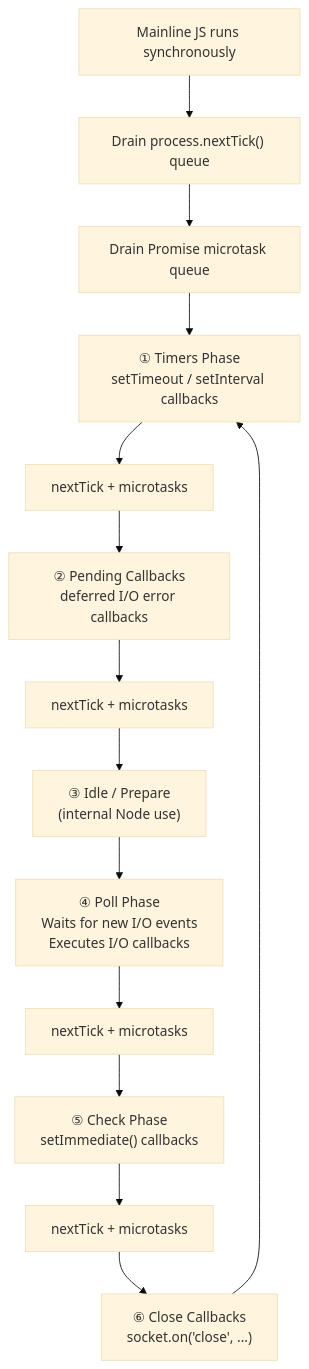
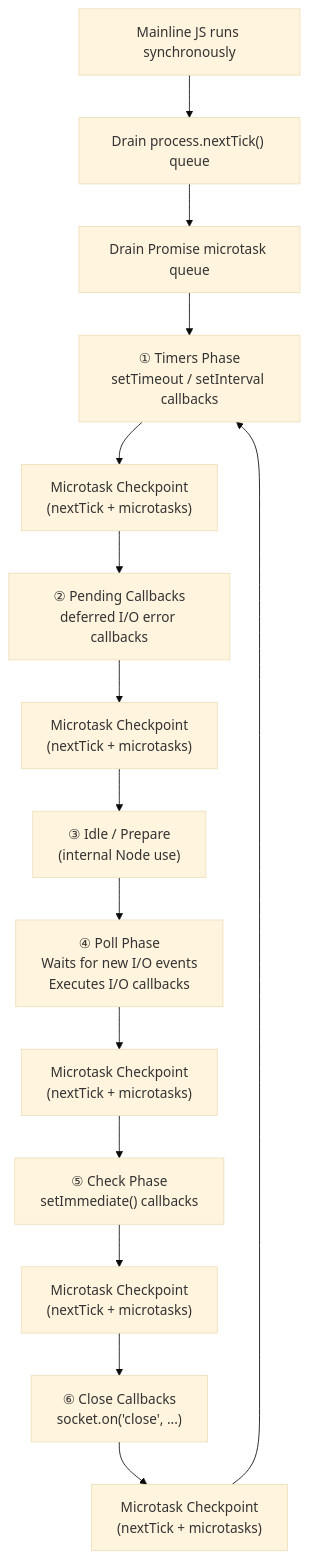
One commit to Patel-Neel-346/Notes changed the tenth of 16 diagrams in Backend-engineering/2-Communication-patterns/2-Async-and-Sync-Execution/1.Async-Sync-Execution.md. Above: the diagram before and after it, drawn with Mermaid (base theme). The commit also changed other lines of this file and 1 other file, not shown here.

````diff
--- a/Backend-engineering/2-Communication-patterns/2-Async-and-Sync-Execution/1.Async-Sync-Execution.md
+++ b/Backend-engineering/2-Communication-patterns/2-Async-and-Sync-Execution/1.Async-Sync-Execution.md
@@ -883,16 +886,17 @@
 ```mermaid
 flowchart TD
     START["Mainline JS runs synchronously"] --> NT["Drain process.nextTick() queue"]
     NT --> MT["Drain Promise microtask queue"]
     MT --> T["① Timers Phase\nsetTimeout / setInterval callbacks"]
-    T --> NT2["nextTick + microtasks"]
-    NT2 --> PC["② Pending Callbacks\ndeferred I/O error callbacks"]
-    PC --> NT3["nextTick + microtasks"]
-    NT3 --> IP["③ Idle / Prepare\n(internal Node use)"]
+    T --> MC1["Microtask Checkpoint\n(nextTick + microtasks)"]
+    MC1 --> PC["② Pending Callbacks\ndeferred I/O error callbacks"]
+    PC --> MC2["Microtask Checkpoint\n(nextTick + microtasks)"]
+    MC2 --> IP["③ Idle / Prepare\n(internal Node use)"]
     IP --> POLL["④ Poll Phase\nWaits for new I/O events\nExecutes I/O callbacks"]
-    POLL --> NT4["nextTick + microtasks"]
-    NT4 --> CHECK["⑤ Check Phase\nsetImmediate() callbacks"]
-    CHECK --> NT5["nextTick + microtasks"]
-    NT5 --> CLOSE["⑥ Close Callbacks\nsocket.on('close', ...)"]
-    CLOSE --> T
+    POLL --> MC3["Microtask Checkpoint\n(nextTick + microtasks)"]
+    MC3 --> CHECK["⑤ Check Phase\nsetImmediate() callbacks"]
+    CHECK --> MC4["Microtask Checkpoint\n(nextTick + microtasks)"]
+    MC4 --> CLOSE["⑥ Close Callbacks\nsocket.on('close', ...)"]
+    CLOSE --> MC5["Microtask Checkpoint\n(nextTick + microtasks)"]
+    MC5 --> T
 ```
````
